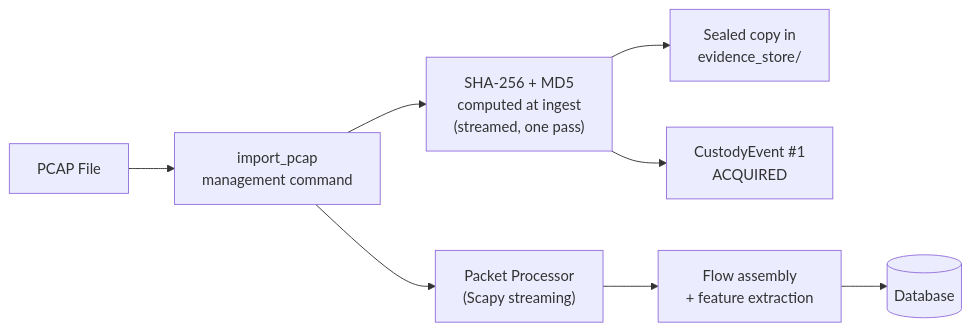
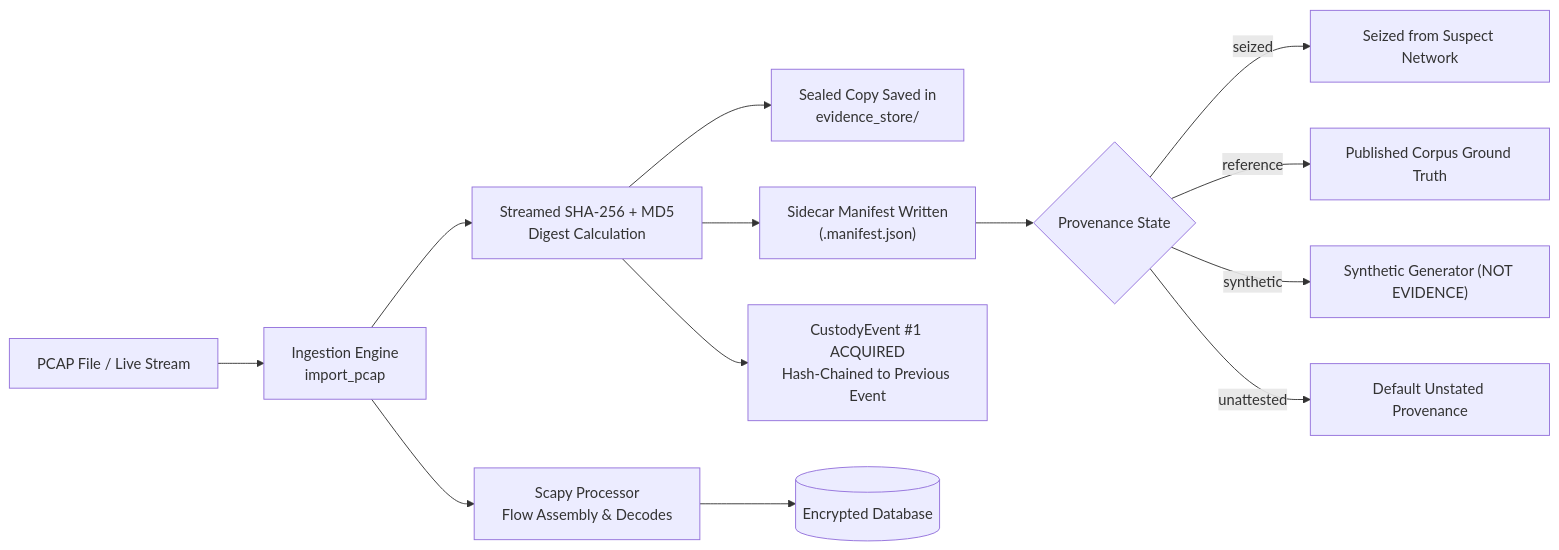
The third of 5 diagrams in README.md (MuhammedZuhayr/NetForensiq), drawn with Mermaid before and after one commit. The commit also changed other lines of this file and 10 other files, not shown here.

First line of the commit message:
docs: update README with enhanced mermaid diagrams, BSA §63 legal workflows, and current engine metrics

````diff
--- a/README.md
+++ b/README.md
@@ -257,10 +129,15 @@
 ```mermaid
 flowchart LR
-    A[PCAP File] --> B["import_pcap<br/>management command"]
-    B --> C["SHA-256 + MD5<br/>computed at ingest<br/>(streamed, one pass)"]
-    C --> D["Sealed copy in<br/>evidence_store/"]
-    B --> E["Packet Processor<br/>(Scapy streaming)"]
-    E --> F["Flow assembly<br/>+ feature extraction"]
-    F --> G[(Database)]
-    C --> H["CustodyEvent #1<br/>ACQUIRED"]
+    A[PCAP File / Live Stream] --> B["Ingestion Engine<br/>import_pcap"]
+    B --> C["Streamed SHA-256 + MD5<br/>Digest Calculation"]
+    C --> D["Sealed Copy Saved in<br/>evidence_store/"]
+    C --> E["Sidecar Manifest Written<br/>(.manifest.json)"]
+    E --> F{"Provenance State"}
+    F -->|seized| G1["Seized from Suspect Network"]
+    F -->|reference| G2["Published Corpus Ground Truth"]
+    F -->|synthetic| G3["Synthetic Generator (NOT EVIDENCE)"]
+    F -->|unattested| G4["Default Unstated Provenance"]
+    C --> H["CustodyEvent #1 ACQUIRED<br/>Hash-Chained to Previous Event"]
+    B --> I["Scapy Processor<br/>Flow Assembly & Decodes"]
+    I --> J[(Encrypted Database)]
 ```
````
